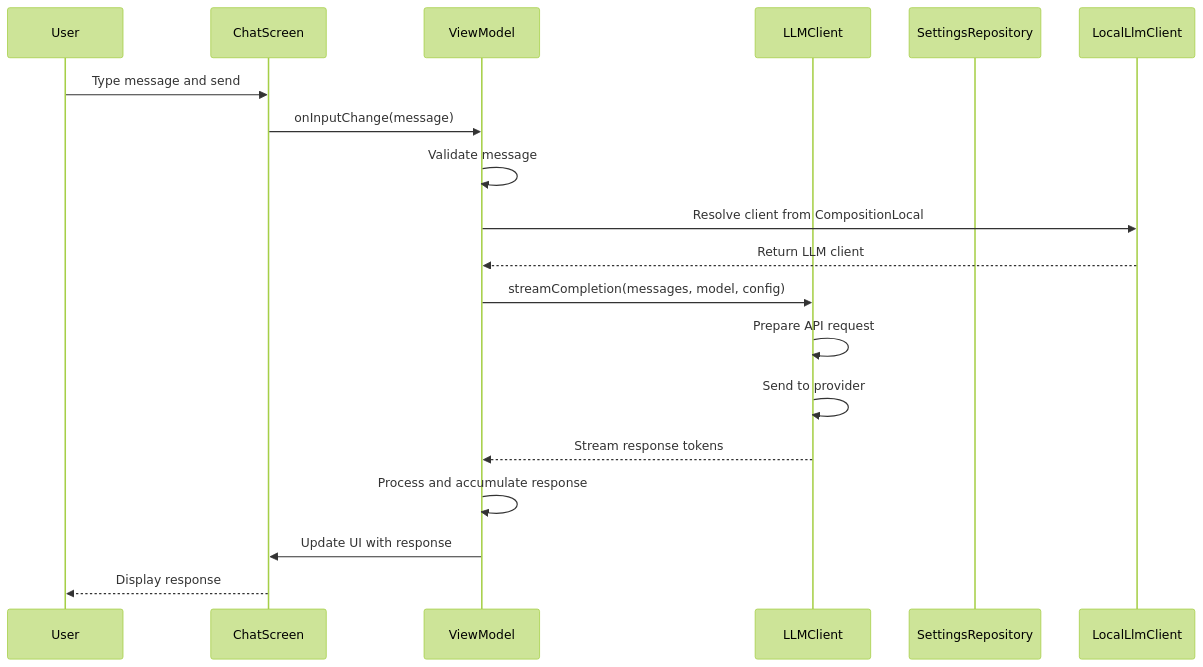
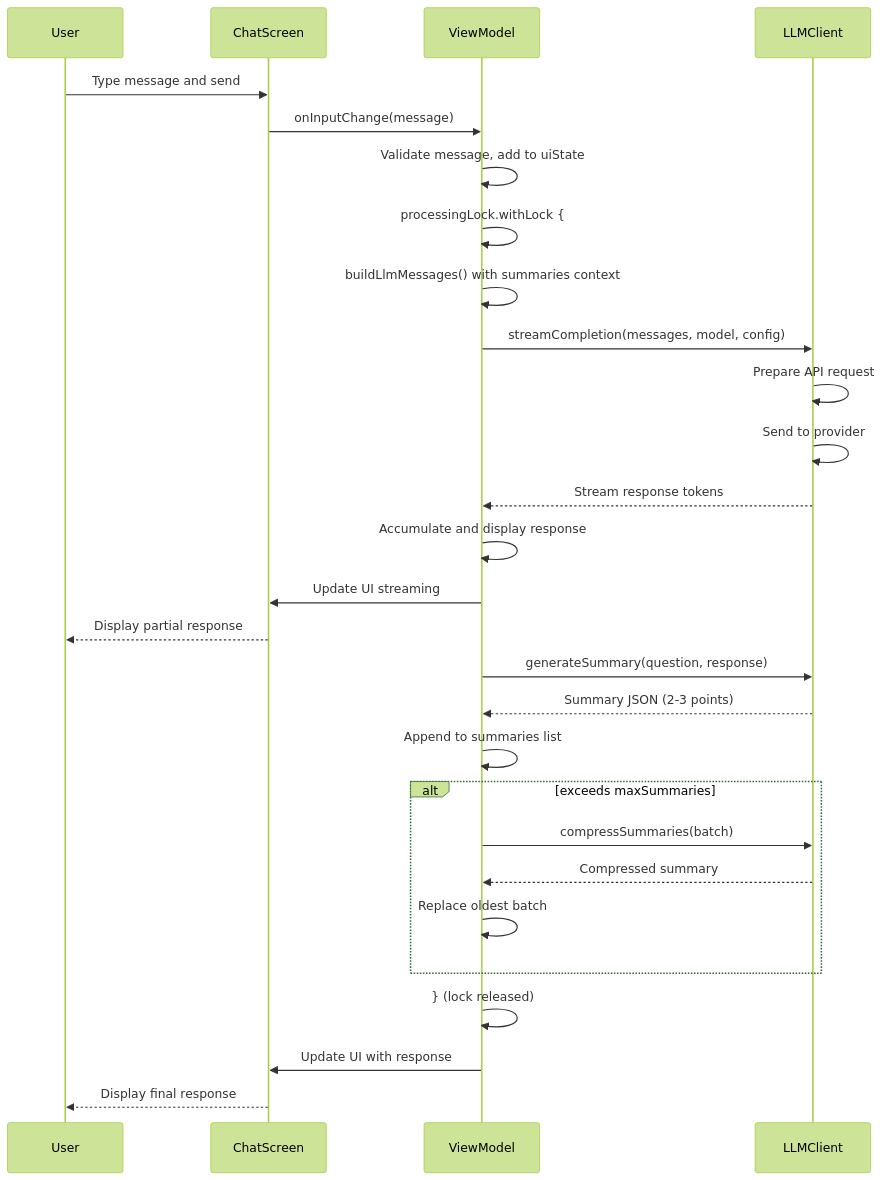
Before and after one commit to lehoang318/buddy: the first of 10 diagrams in docs/seq_chat.md, drawn with Mermaid (forest theme). The commit also changed other lines of this file and 27 other files, not shown here.

Commit message:
Support context summaries and compression (#26)

````diff
--- a/docs/seq_chat.md
+++ b/docs/seq_chat.md
@@ -7,21 +7,31 @@
 ```mermaid
 sequenceDiagram
     participant User
     participant ChatScreen
     participant ViewModel
     participant LLMClient
-    participant SettingsRepository
 
     User->>ChatScreen: Type message and send
     ChatScreen->>ViewModel: onInputChange(message)
-    ViewModel->>ViewModel: Validate message
-    ViewModel->>LocalLlmClient: Resolve client from CompositionLocal
-    LocalLlmClient-->>ViewModel: Return LLM client
+    ViewModel->>ViewModel: Validate message, add to uiState
+    ViewModel->>ViewModel: processingLock.withLock {
+    ViewModel->>ViewModel: buildLlmMessages() with summaries context
     ViewModel->>LLMClient: streamCompletion(messages, model, config)
     LLMClient->>LLMClient: Prepare API request
     LLMClient->>LLMClient: Send to provider
     LLMClient-->>ViewModel: Stream response tokens
-    ViewModel->>ViewModel: Process and accumulate response
+    ViewModel->>ViewModel: Accumulate and display response
+    ViewModel->>ChatScreen: Update UI streaming
+    ChatScreen-->>User: Display partial response
+    ViewModel->>LLMClient: generateSummary(question, response)
+    LLMClient-->>ViewModel: Summary JSON (2-3 points)
+    ViewModel->>ViewModel: Append to summaries list
+    alt exceeds maxSummaries
+        ViewModel->>LLMClient: compressSummaries(batch)
+        LLMClient-->>ViewModel: Compressed summary
+        ViewModel->>ViewModel: Replace oldest batch
+    end
+    ViewModel->>ViewModel: }  (lock released)
     ViewModel->>ChatScreen: Update UI with response
-    ChatScreen-->>User: Display response
+    ChatScreen-->>User: Display final response
 ```
````
